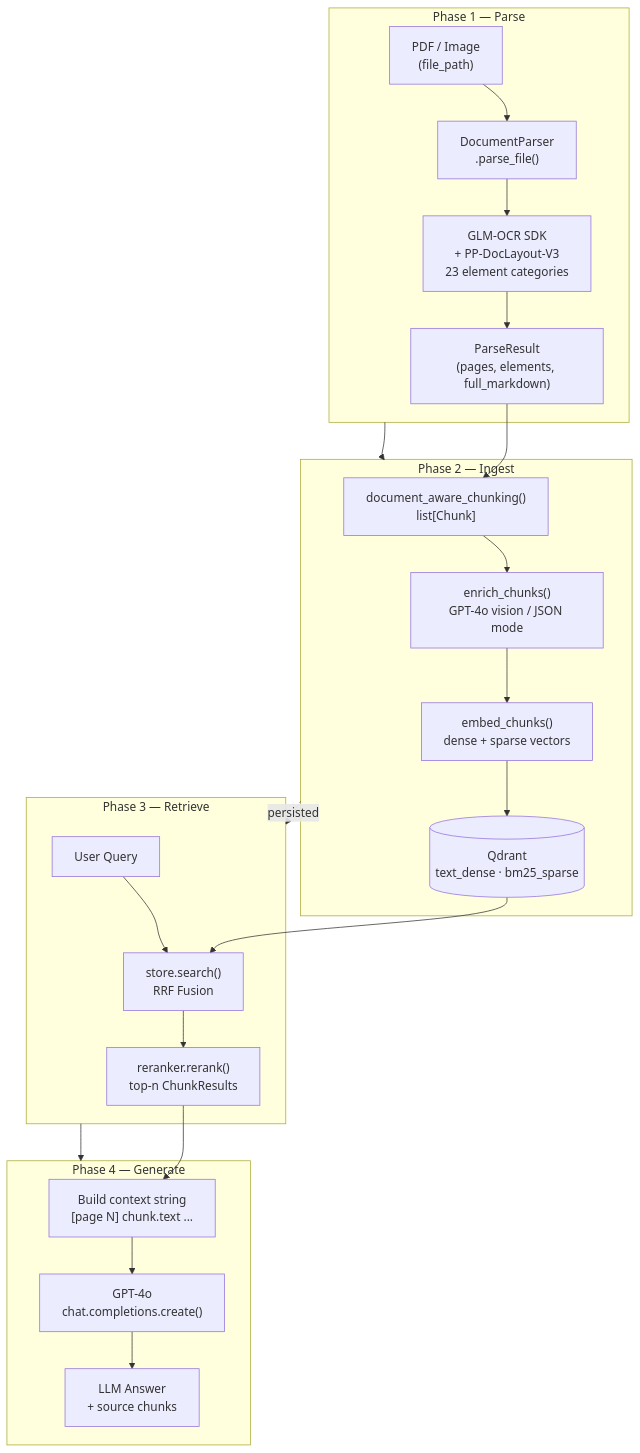
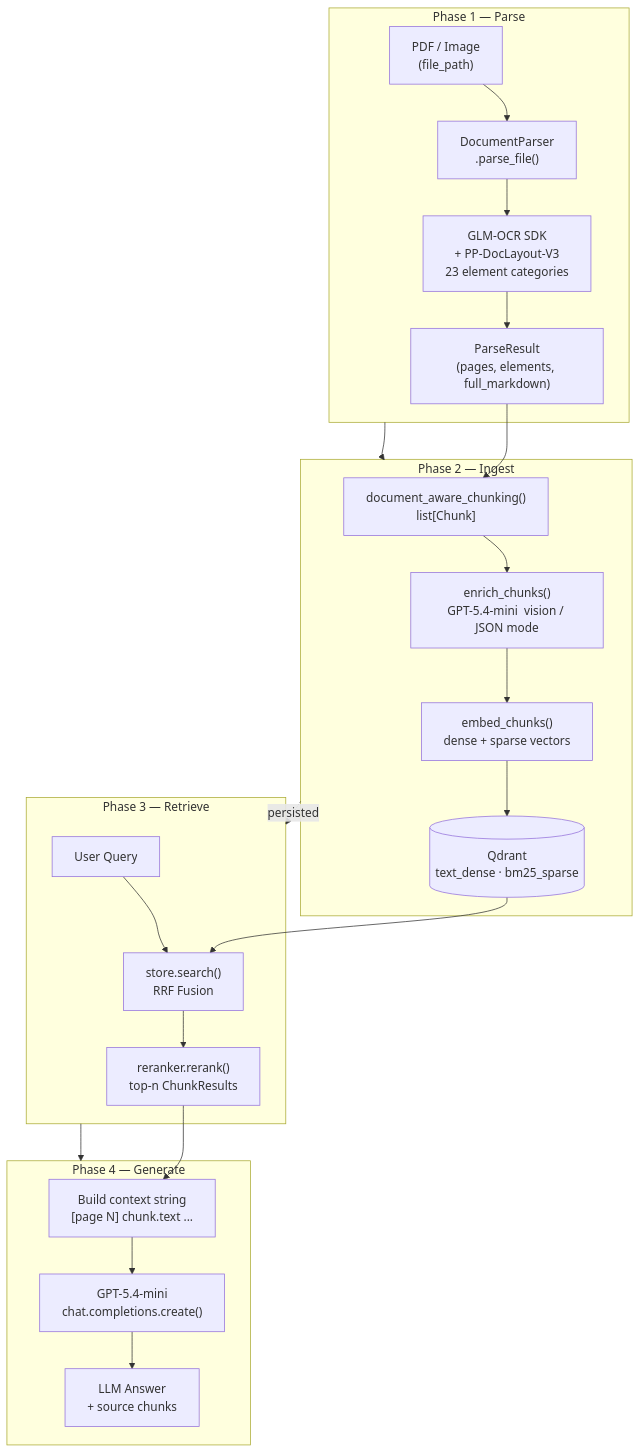
One commit to Murtuzasaifee/multi-modal-rag-project changed the diagram in workflows/01-system-overview.md. Above: the diagram before and after it, drawn with Mermaid. The commit also changed other lines of this file and 11 other files, not shown here.

````diff
--- a/workflows/01-system-overview.md
+++ b/workflows/01-system-overview.md
@@ -5,31 +5,31 @@
 ```mermaid
 flowchart TD
     subgraph Phase1["Phase 1 — Parse"]
         PDF["PDF / Image\n(file_path)"] --> Parser["DocumentParser\n.parse_file()"]
         Parser --> OCR["GLM-OCR SDK\n+ PP-DocLayout-V3\n23 element categories"]
         OCR --> ParseResult["ParseResult\n(pages, elements, full_markdown)"]
     end
 
     subgraph Phase2["Phase 2 — Ingest"]
         ParseResult --> Chunker["document_aware_chunking()\nlist[Chunk]"]
-        Chunker --> Enricher["enrich_chunks()\nGPT-4o vision / JSON mode"]
+        Chunker --> Enricher["enrich_chunks()\nGPT-5.4-mini  vision / JSON mode"]
         Enricher --> Embedder["embed_chunks()\ndense + sparse vectors"]
         Embedder --> Qdrant[("Qdrant\ntext_dense · bm25_sparse")]
     end
 
     subgraph Phase3["Phase 3 — Retrieve"]
         Query["User Query"] --> HybridSearch["store.search()\nRRF Fusion"]
         Qdrant --> HybridSearch
         HybridSearch --> Reranker["reranker.rerank()\ntop-n ChunkResults"]
     end
 
     subgraph Phase4["Phase 4 — Generate"]
         Reranker --> ContextBuilder["Build context string\n[page N] chunk.text ..."]
-        ContextBuilder --> GPT4o["GPT-4o\nchat.completions.create()"]
+        ContextBuilder --> GPT4o["GPT-5.4-mini \nchat.completions.create()"]
         GPT4o --> Answer["LLM Answer\n+ source chunks"]
     end
 
     Phase1 --> Phase2
     Phase2 -. "persisted" .-> Phase3
     Phase3 --> Phase4
 ```
````
